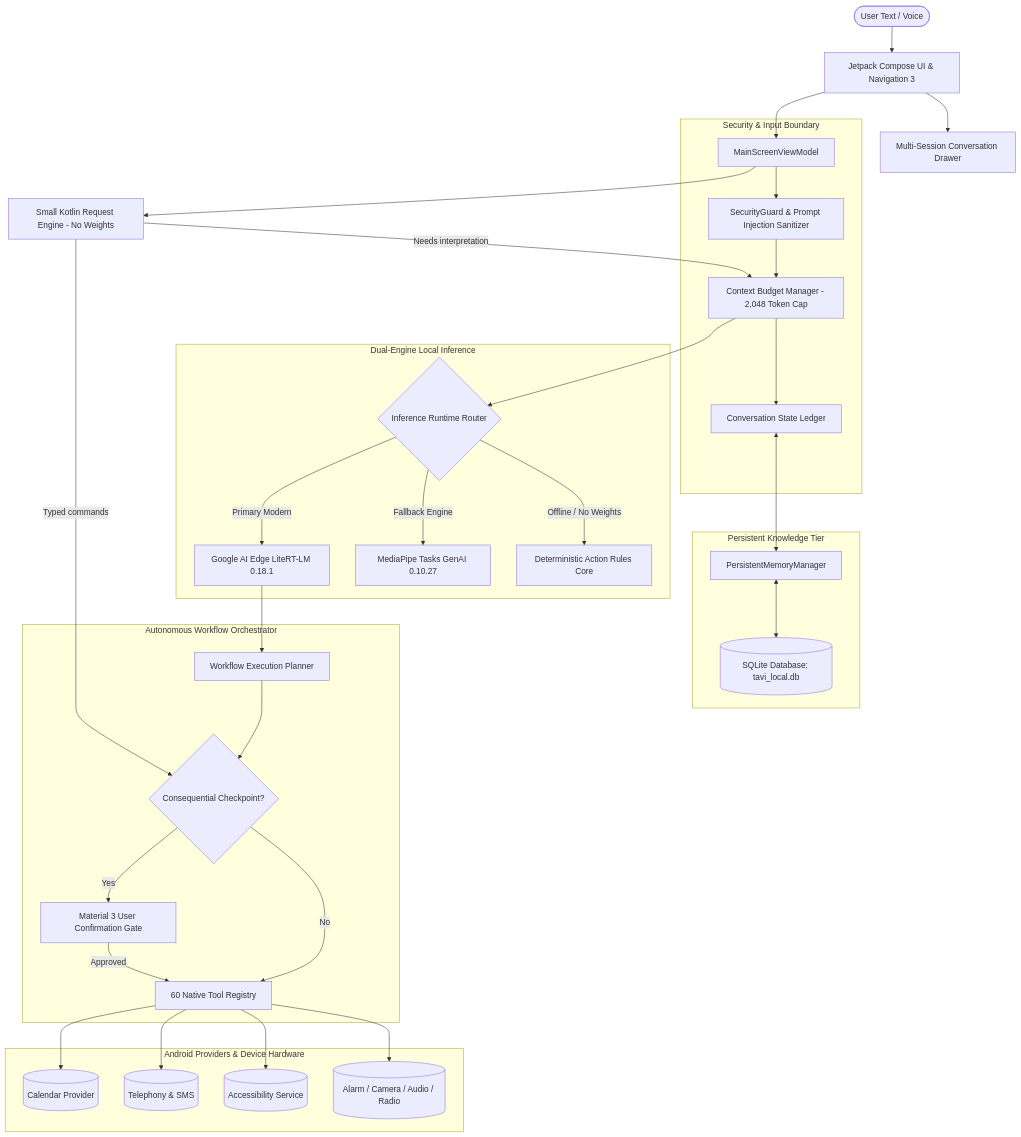
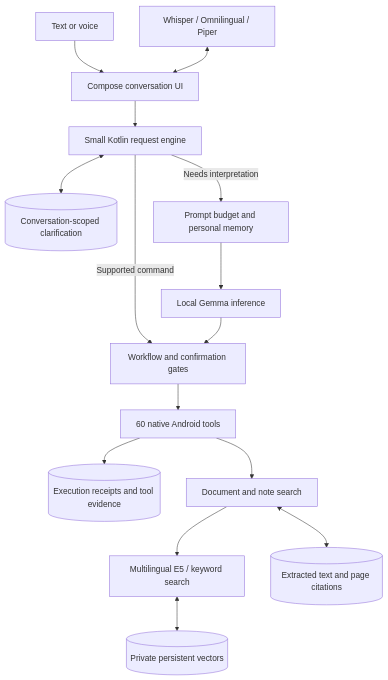
Before and after one commit to MosetiReagan/Tavi: the diagram in README.md, drawn with Mermaid. The commit also changed other lines of this file and 12 other files, not shown here.

````diff
--- a/README.md
+++ b/README.md
@@ -87,42 +163,17 @@
 ```mermaid
-graph TD
-    User([User Text / Voice]) --> UI[Jetpack Compose UI & Navigation 3]
-    UI --> Drawer[Multi-Session Conversation Drawer]
-    UI --> VM[MainScreenViewModel]
-    VM --> LocalRequests[Small Kotlin Request Engine - No Weights]
-    LocalRequests -->|Typed commands| Checkpoint
-    LocalRequests -->|Needs interpretation| Budget
-    
-    subgraph Safety [Security & Input Boundary]
-        VM --> SG[SecurityGuard & Prompt Injection Sanitizer]
-        SG --> Budget[Context Budget Manager - 2,048 Token Cap]
-        Budget --> Ledger[Conversation State Ledger]
-    end
-
-    subgraph Memory [Persistent Knowledge Tier]
-        Ledger <--> PMM[PersistentMemoryManager]
-        PMM <--> DB[(SQLite Database: tavi_local.db)]
-    end
-
-    subgraph Engine [Dual-Engine Local Inference]
-        Budget --> EngineRouter{Inference Runtime Router}
-        EngineRouter -->|Primary Modern| LiteRT[Google AI Edge LiteRT-LM 0.18.1]
-        EngineRouter -->|Fallback Engine| MP[MediaPipe Tasks GenAI 0.10.27]
-        EngineRouter -->|Offline / No Weights| Det[Deterministic Action Rules Core]
-    end
-
-    subgraph Orchestration [Autonomous Workflow Orchestrator]
-        LiteRT --> Planner[Workflow Execution Planner]
-        Planner --> Checkpoint{Consequential Checkpoint?}
-        Checkpoint -->|Yes| Dialog[Material 3 User Confirmation Gate]
-        Dialog -->|Approved| Registry[60 Native Tool Registry]
-        Checkpoint -->|No| Registry
-    end
-
-    subgraph Hardware [Android Providers & Device Hardware]
-        Registry --> Cal[(Calendar Provider)]
-        Registry --> Tel[(Telephony & SMS)]
-        Registry --> Acc[(Accessibility Service)]
-        Registry --> Sys[(Alarm / Camera / Audio / Radio)]
-    end
+flowchart TD
+    Input[Text or voice] --> UI[Compose conversation UI]
+    Speech[Whisper / Omnilingual / Piper] <--> UI
+    UI --> Router[Small Kotlin request engine]
+    Router <--> Slots[(Conversation-scoped clarification)]
+    Router -->|Supported command| Workflow[Workflow and confirmation gates]
+    Router -->|Needs interpretation| Context[Prompt budget and personal memory]
+    Context --> Neural[Local Gemma inference]
+    Neural --> Workflow
+    Workflow --> Tools[60 native Android tools]
+    Tools --> Evidence[(Execution receipts and tool evidence)]
+    Tools --> Documents[Document and note search]
+    Documents --> E5[Multilingual E5 / keyword search]
+    E5 <--> Vectors[(Private persistent vectors)]
+    Documents <--> Sources[(Extracted text and page citations)]
 ```
````
